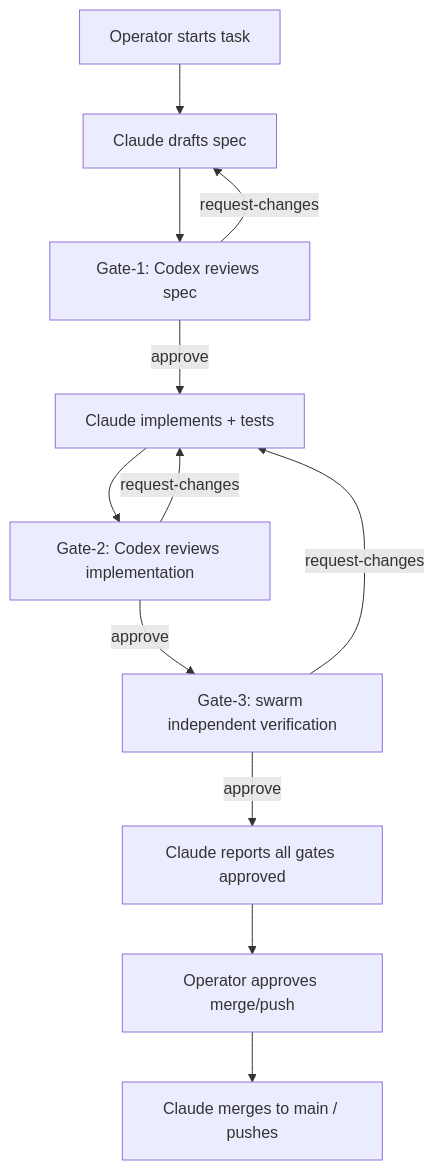
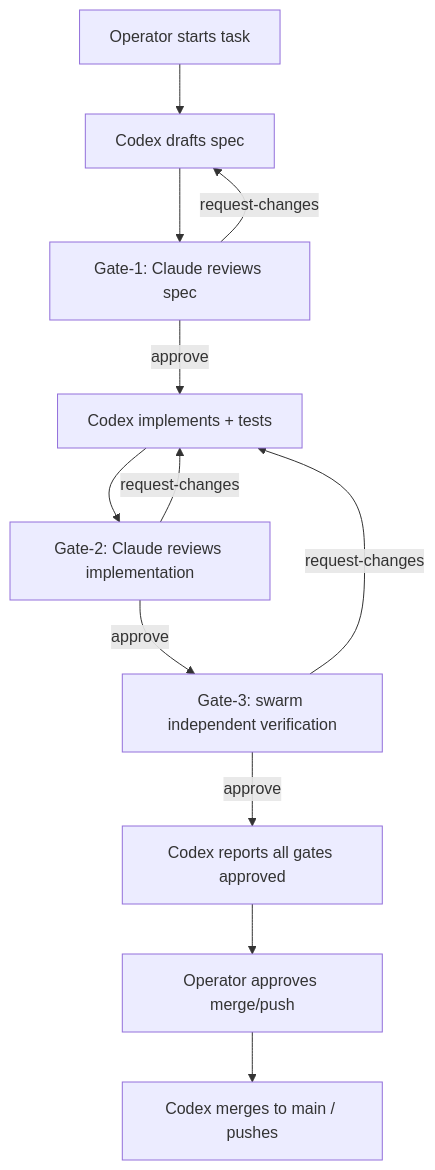
Before and after one commit to dzevs/zynk: the diagram in WORKFLOW.md, drawn with Mermaid. The commit also changed other lines of this file and 1 other file, not shown here.

Commit message:
docs(workflow): record the operator-approved implementer handoff

````diff
--- a/WORKFLOW.md
+++ b/WORKFLOW.md
@@ -39,14 +50,14 @@
 ```mermaid
 flowchart TD
-  A[Operator starts task] --> B[Claude drafts spec]
-  B --> C[Gate-1: Codex reviews spec]
+  A[Operator starts task] --> B[Codex drafts spec]
+  B --> C[Gate-1: Claude reviews spec]
   C -->|request-changes| B
-  C -->|approve| D[Claude implements + tests]
-  D --> E[Gate-2: Codex reviews implementation]
+  C -->|approve| D[Codex implements + tests]
+  D --> E[Gate-2: Claude reviews implementation]
   E -->|request-changes| D
   E -->|approve| F[Gate-3: swarm independent verification]
   F -->|request-changes| D
-  F -->|approve| G[Claude reports all gates approved]
+  F -->|approve| G[Codex reports all gates approved]
   G --> H[Operator approves merge/push]
-  H --> I[Claude merges to main / pushes]
+  H --> I[Codex merges to main / pushes]
 ```
````
